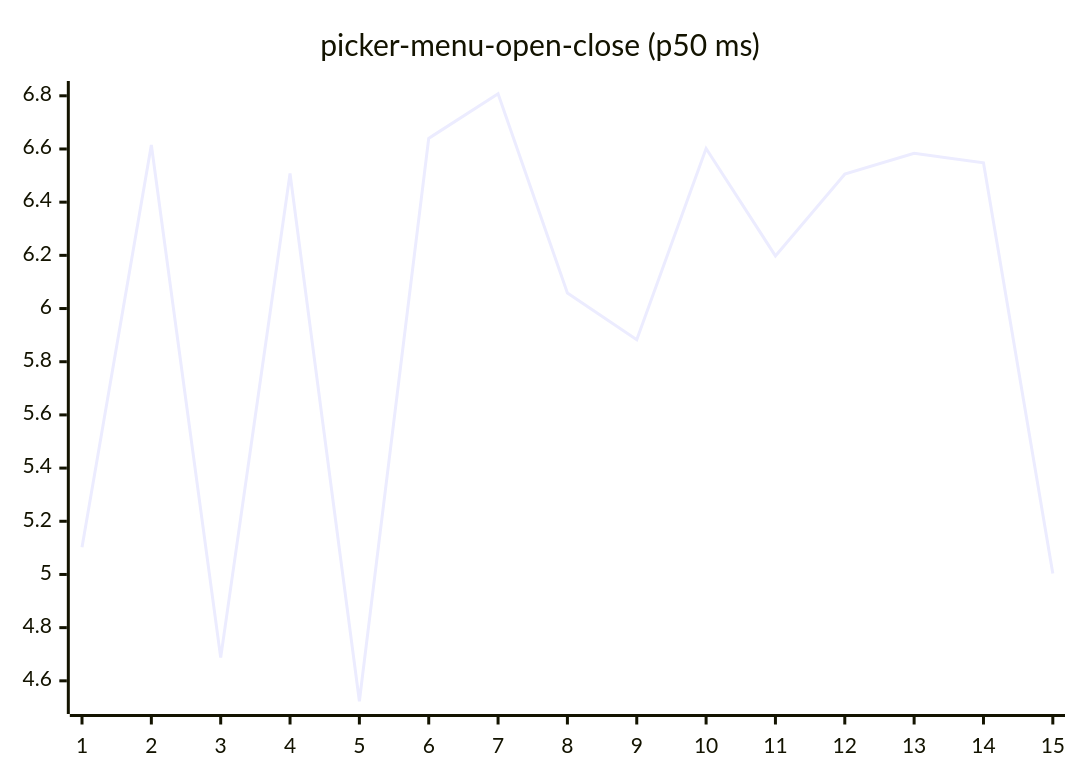
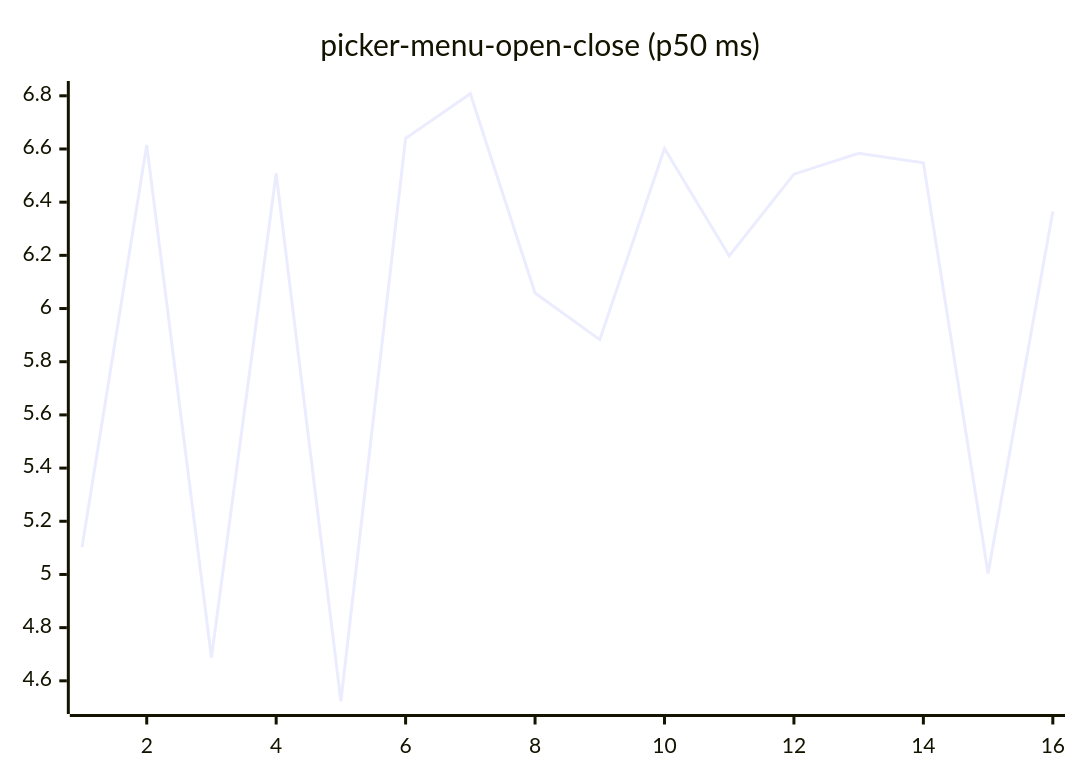
One commit to josha/Facet changed diagram 16 of 27 in README.md. Above: the diagram before and after it, drawn with Mermaid. The commit also changed other lines of this file and 2 other files, not shown here.

````diff
--- a/README.md
+++ b/README.md
@@ -168,6 +168,6 @@
 ```mermaid
 xychart-beta
     title "picker-menu-open-close (p50 ms)"
-    x-axis 1 --> 15
-    line [5.1020, 6.6154, 4.6873, 6.5076, 4.5232, 6.6400, 6.8077, 6.0581, 5.8829, 6.6018, 6.1978, 6.5053, 6.5840, 6.5483, 5.0039]
+    x-axis 1 --> 16
+    line [5.1020, 6.6154, 4.6873, 6.5076, 4.5232, 6.6400, 6.8077, 6.0581, 5.8829, 6.6018, 6.1978, 6.5053, 6.5840, 6.5483, 5.0039, 6.3653]
 ```
````
